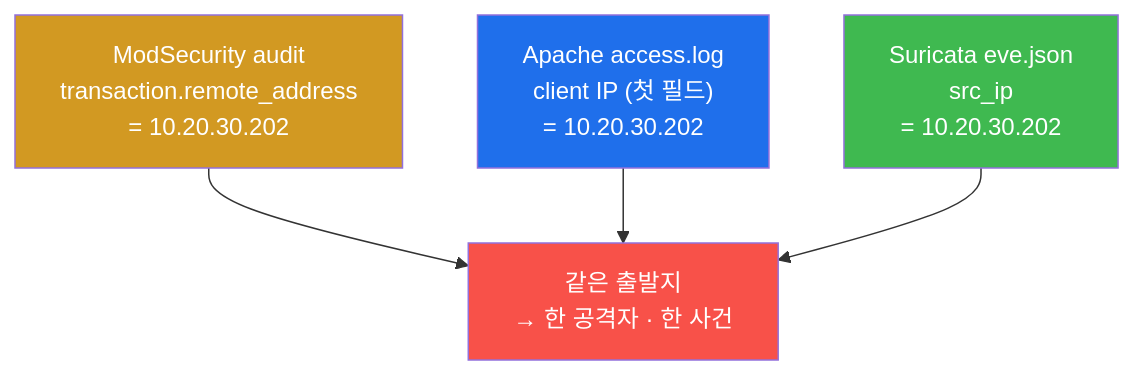
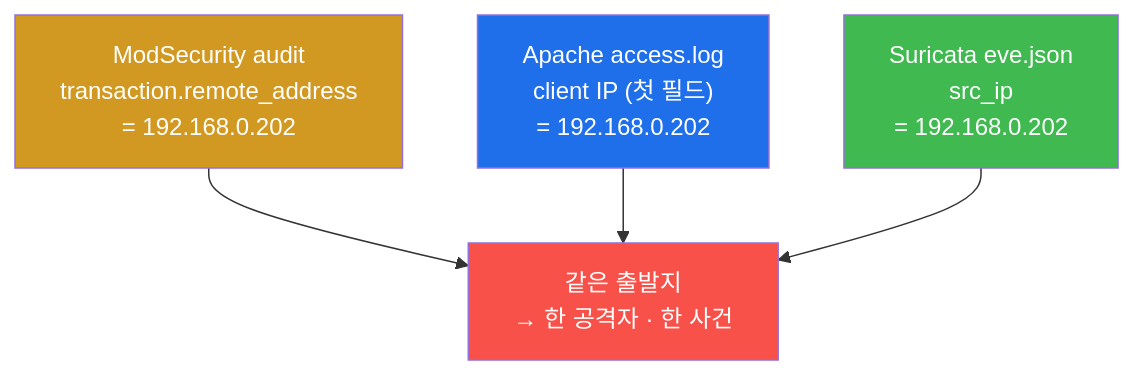
Before and after one commit to mrgrit/tw2: the fifth of 6 diagrams in contents/training/soc/lecture_week03.md, drawn with Mermaid. The commit also changed other lines of this file and 304 other files, not shown here.

````diff
--- a/contents/training/soc/lecture_week03.md
+++ b/contents/training/soc/lecture_week03.md
@@ -427,14 +427,14 @@
 ```mermaid
 graph TD
-    M["ModSecurity audit<br/>transaction.remote_address<br/>= 10.20.30.202"]
-    A["Apache access.log<br/>client IP (첫 필드)<br/>= 10.20.30.202"]
-    S["Suricata eve.json<br/>src_ip<br/>= 10.20.30.202"]
+    M["ModSecurity audit<br/>transaction.remote_address<br/>= 192.168.0.202"]
+    A["Apache access.log<br/>client IP (첫 필드)<br/>= 192.168.0.202"]
+    S["Suricata eve.json<br/>src_ip<br/>= 192.168.0.202"]
     ONE["같은 출발지<br/>→ 한 공격자 · 한 사건"]
     M --> ONE
     A --> ONE
     S --> ONE
     style M fill:#d29922,color:#fff
     style A fill:#1f6feb,color:#fff
     style S fill:#3fb950,color:#fff
     style ONE fill:#f85149,color:#fff
 ```
````
